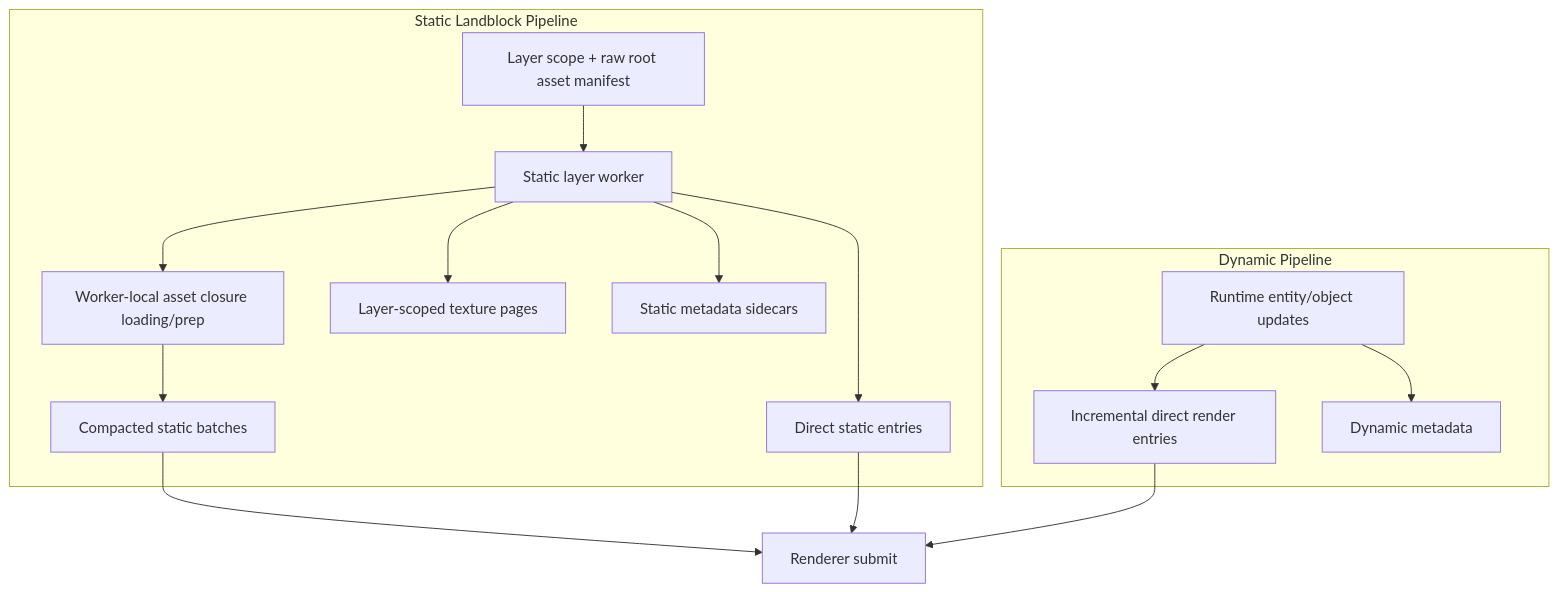
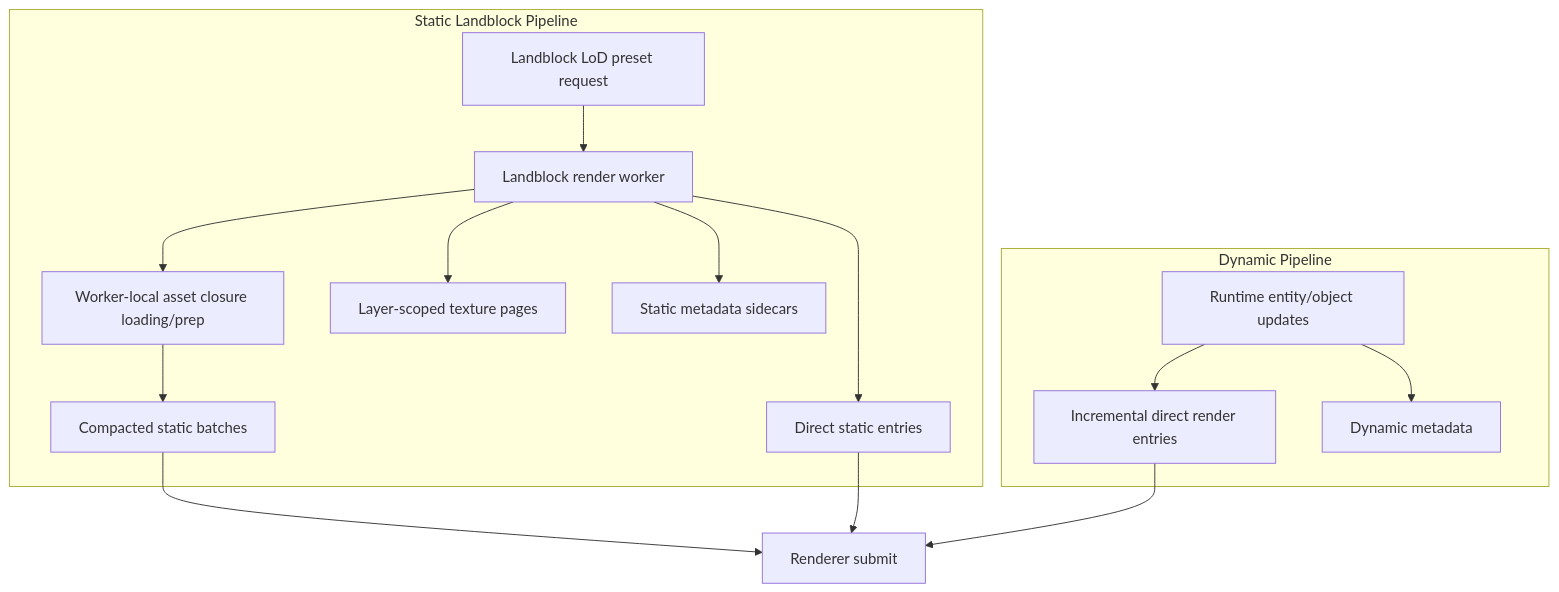
Before and after one commit to merklejerk/holtburger: the fourth of 9 diagrams in docs/plans/holtburger-3d-static-landblock-render-bundle-replacement-plan.md, drawn with Mermaid. The commit also changed other lines of this file and 3 other files, not shown here.

````diff
--- a/docs/plans/holtburger-3d-static-landblock-render-bundle-replacement-plan.md
+++ b/docs/plans/holtburger-3d-static-landblock-render-bundle-replacement-plan.md
@@ -407,28 +470,28 @@
 ```mermaid
 flowchart TB
     subgraph Static Landblock Pipeline
-        S1[Layer scope + raw root asset manifest]
-        S2[Static layer worker]
+        S1[Landblock LoD preset request]
+        S2[Landblock render worker]
         S6[Worker-local asset closure loading/prep]
         S3[Compacted static batches]
         S4[Direct static entries]
         S7[Layer-scoped texture pages]
         S5[Static metadata sidecars]
         S1 --> S2 --> S6 --> S3
         S2 --> S4
         S2 --> S7
         S2 --> S5
     end
 
     subgraph Dynamic Pipeline
         D1[Runtime entity/object updates]
         D2[Incremental direct render entries]
         D3[Dynamic metadata]
         D1 --> D2
         D1 --> D3
     end
 
     S3 --> R[Renderer submit]
     S4 --> R
     D2 --> R
 ```
````
